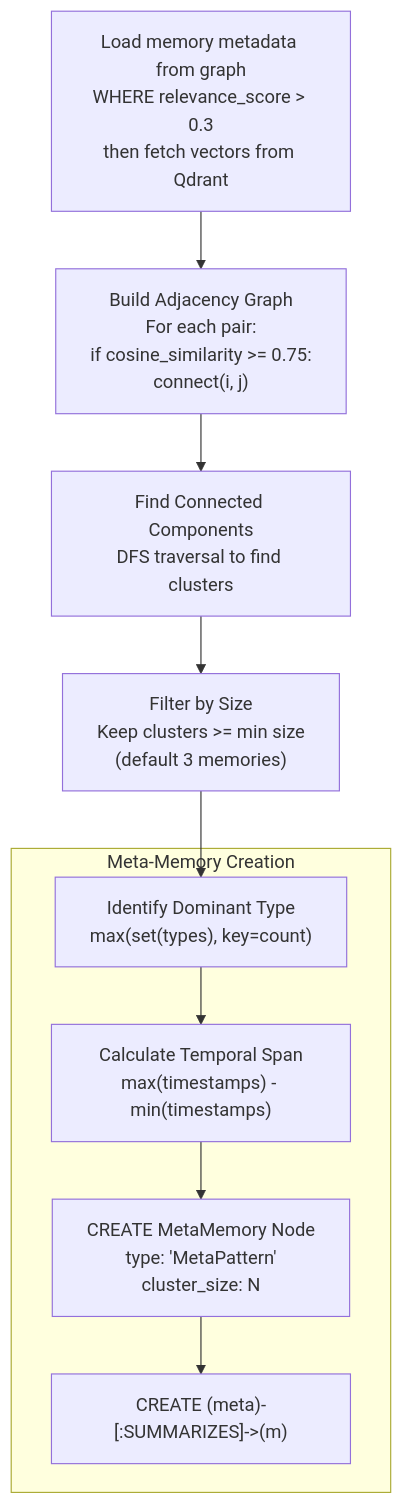
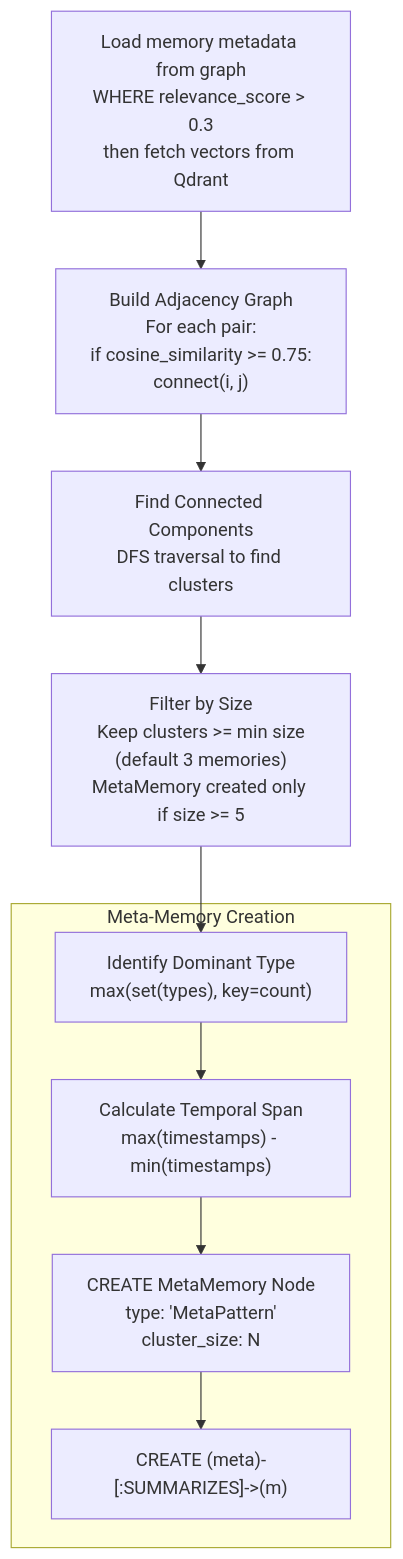
One commit to verygoodplugins/automem-website changed the fourth of 5 diagrams in src/content/docs/docs/core-concepts/consolidation.md. Above: the diagram before and after it, drawn with Mermaid. The commit also changed other lines of this file and 2 other files, not shown here.

Commit message:
docs: correct recall exclusion, reembed 503, and cluster cutoff claims
Align docs with automem@0720da2: RECALL_EXCLUDED_TYPES is recall-only,
/admin/reembed surfaces provider failures in 200 responses, and MetaMemory
creation still requires cluster size >= 5.

````diff
--- a/src/content/docs/docs/core-concepts/consolidation.md
+++ b/src/content/docs/docs/core-concepts/consolidation.md
@@ -262,25 +262,25 @@
 ```mermaid
 graph TB
     Load["Load memory metadata from graph<br/>WHERE relevance_score > 0.3<br/>then fetch vectors from Qdrant"]
 
     Build["Build Adjacency Graph<br/>For each pair:<br/>if cosine_similarity >= 0.75:<br/>  connect(i, j)"]
 
     DFS["Find Connected Components<br/>DFS traversal to find clusters"]
 
-    Filter["Filter by Size<br/>Keep clusters >= min size<br/>(default 3 memories)"]
+    Filter["Filter by Size<br/>Keep clusters >= min size<br/>(default 3 memories)<br/>MetaMemory created only if size >= 5"]
 
     subgraph "Meta-Memory Creation"
         Theme["Identify Dominant Type<br/>max(set(types), key=count)"]
         Span["Calculate Temporal Span<br/>max(timestamps) - min(timestamps)"]
         Create["CREATE MetaMemory Node<br/>type: 'MetaPattern'<br/>cluster_size: N"]
         Link["CREATE (meta)-[:SUMMARIZES]->(m)"]
     end
 
     Load --> Build
     Build --> DFS
     DFS --> Filter
     Filter --> Theme
     Theme --> Span
     Span --> Create
     Create --> Link
 ```
````
